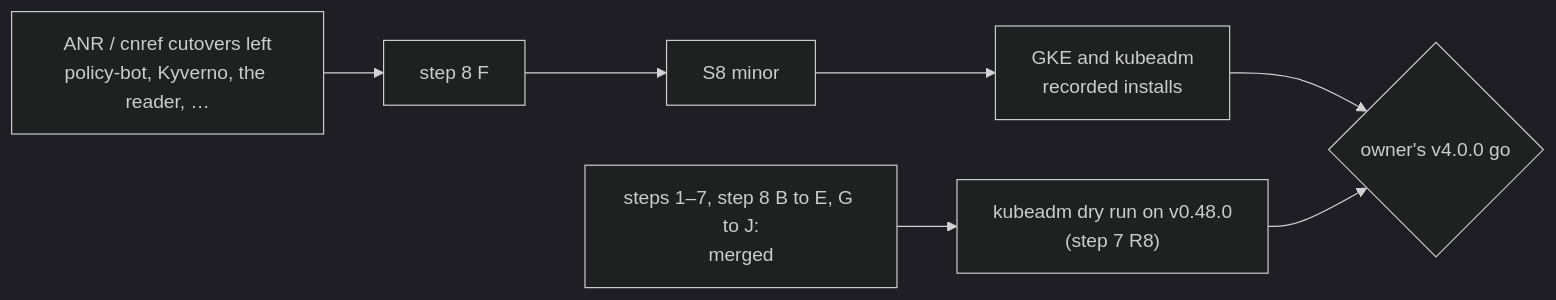
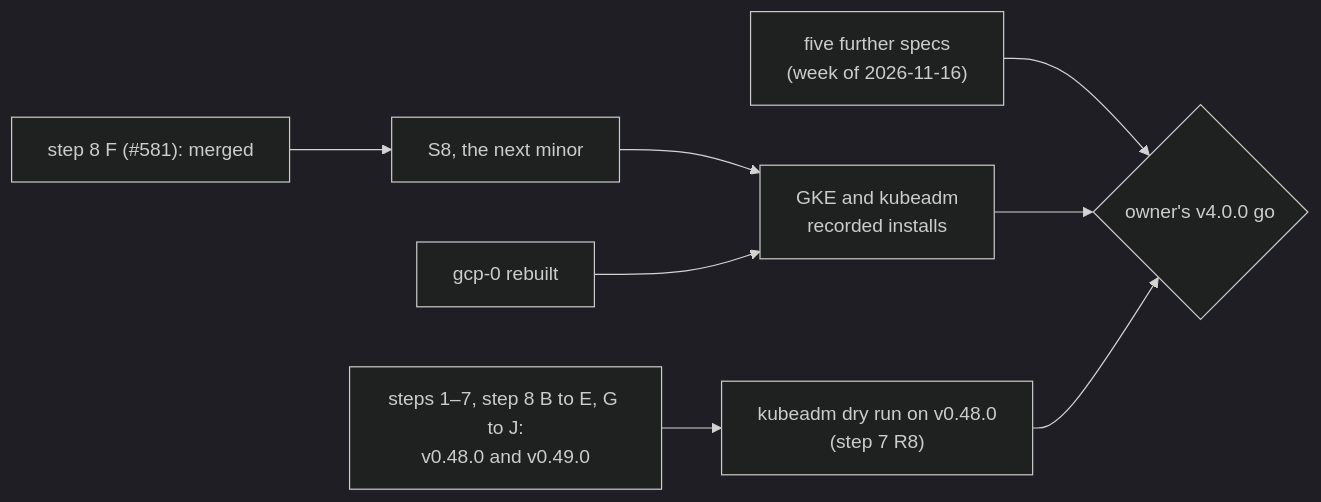
One commit to Smana/maku changed the diagram in docs/v4-readiness.md. Above: the diagram before and after it, drawn with Mermaid (dark theme). The commit also changed other lines of this file and 2 other files, not shown here.

Commit message:
docs: v4.0.0 waits for five further specs; steps 7 and 8 released, gcp-0 proved and torn down (#582)

````diff
--- a/docs/v4-readiness.md
+++ b/docs/v4-readiness.md
@@ -13,9 +22,10 @@
 ```mermaid
 flowchart LR
-  s17["steps 1–7, step 8 B to E, G to J:<br/>merged"] --> dry["kubeadm dry run on v0.48.0<br/>(step 7 R8)"]
-  anr["ANR / cnref cutovers left<br/>policy-bot, Kyverno, the reader, …"] --> s8["step 8 F"]
-  s8 --> S8["S8 minor"]
+  s17["steps 1–7, step 8 B to E, G to J:<br/>v0.48.0 and v0.49.0"] --> dry["kubeadm dry run on v0.48.0<br/>(step 7 R8)"]
+  s8["step 8 F (#581): merged"] --> S8["S8, the next minor"]
   S8 --> live["GKE and kubeadm<br/>recorded installs"]
+  gcp["gcp-0 rebuilt"] --> live
+  specs["five further specs<br/>(week of 2026-11-16)"] --> go
   live --> go{"owner's v4.0.0 go"}
   dry --> go
 ```
````
